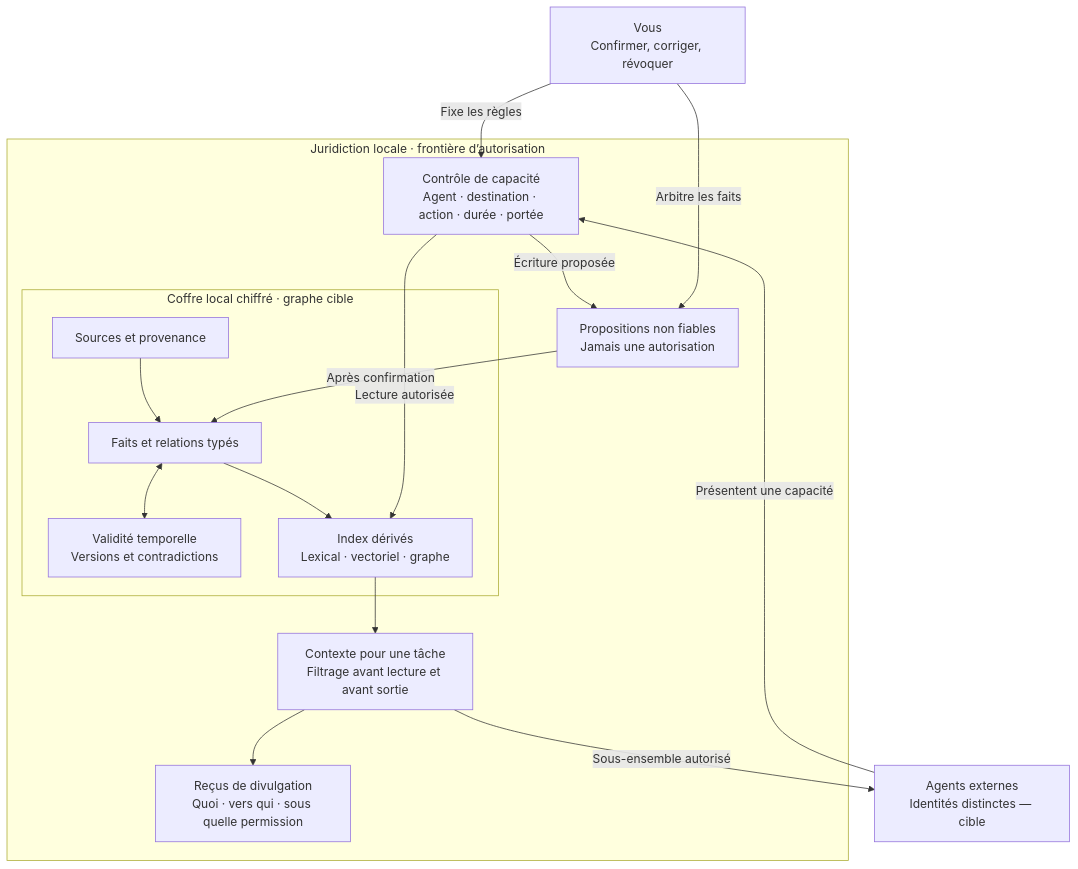
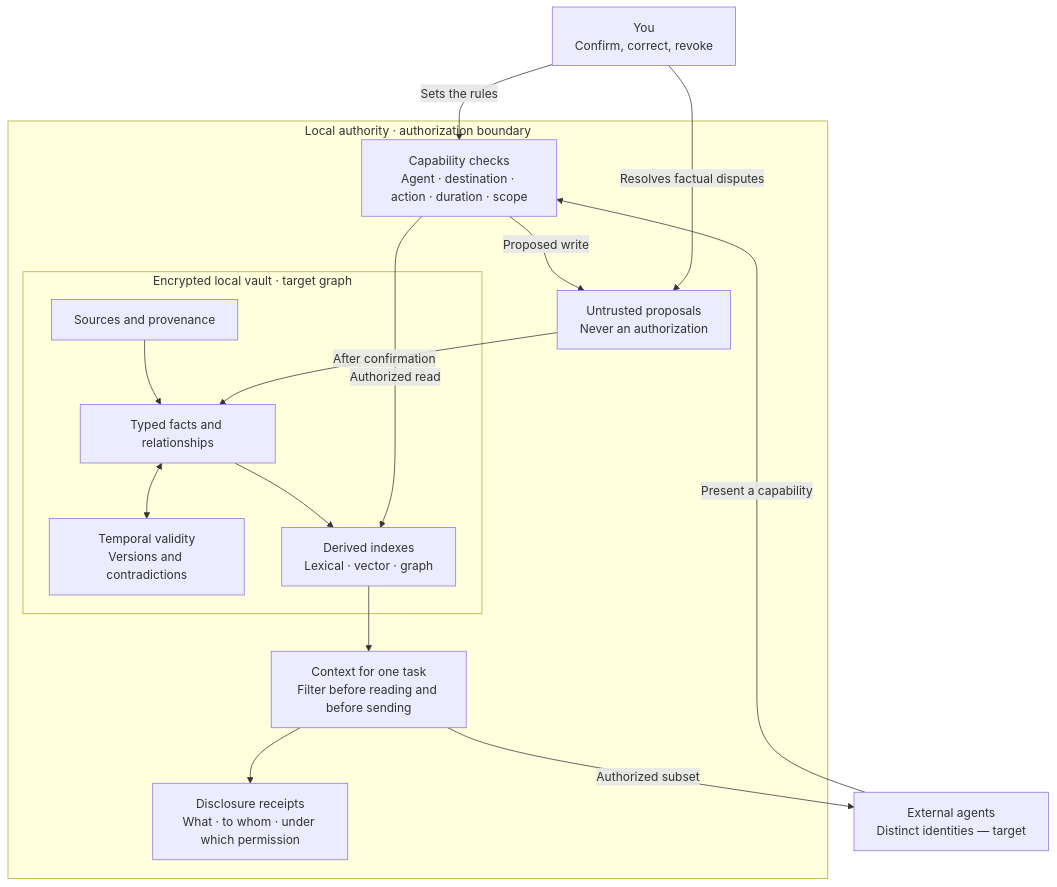
One commit to nabz0r/OMNI-OS changed the second of 5 diagrams in DIAGRAMS.md. Above: the diagram before and after it, drawn with Mermaid. The commit also changed other lines of this file and 11 other files, not shown here.

````diff
--- a/DIAGRAMS.md
+++ b/DIAGRAMS.md
@@ -55,33 +55,33 @@
 ```mermaid
 flowchart TB
-    Owner["Vous<br/>Confirmer, corriger, révoquer"]
-    Agents["Agents externes<br/>Identités distinctes — cible"]
+    Owner["You<br/>Confirm, correct, revoke"]
+    Agents["External agents<br/>Distinct identities — target"]
 
-    subgraph Authority["Juridiction locale · frontière d’autorisation"]
-        Policy["Contrôle de capacité<br/>Agent · destination · action · durée · portée"]
-        Proposals["Propositions non fiables<br/>Jamais une autorisation"]
-        Export["Contexte pour une tâche<br/>Filtrage avant lecture et avant sortie"]
-        Receipts["Reçus de divulgation<br/>Quoi · vers qui · sous quelle permission"]
+    subgraph Authority["Local authority · authorization boundary"]
+        Policy["Capability checks<br/>Agent · destination · action · duration · scope"]
+        Proposals["Untrusted proposals<br/>Never an authorization"]
+        Export["Context for one task<br/>Filter before reading and before sending"]
+        Receipts["Disclosure receipts<br/>What · to whom · under which permission"]
 
-        subgraph Memory["Coffre local chiffré · graphe cible"]
-            Sources["Sources et provenance"]
-            Claims["Faits et relations typés"]
-            Time["Validité temporelle<br/>Versions et contradictions"]
-            Index["Index dérivés<br/>Lexical · vectoriel · graphe"]
+        subgraph Memory["Encrypted local vault · target graph"]
+            Sources["Sources and provenance"]
+            Claims["Typed facts and relationships"]
+            Time["Temporal validity<br/>Versions and contradictions"]
+            Index["Derived indexes<br/>Lexical · vector · graph"]
             Sources --> Claims
             Claims <--> Time
             Claims --> Index
         end
 
-        Policy -->|"Lecture autorisée"| Index
+        Policy -->|"Authorized read"| Index
         Index --> Export
         Export --> Receipts
-        Policy -->|"Écriture proposée"| Proposals
-        Proposals -->|"Après confirmation"| Claims
+        Policy -->|"Proposed write"| Proposals
+        Proposals -->|"After confirmation"| Claims
     end
 
-    Owner -->|"Fixe les règles"| Policy
-    Owner -->|"Arbitre les faits"| Proposals
-    Agents -->|"Présentent une capacité"| Policy
-    Export -->|"Sous-ensemble autorisé"| Agents
+    Owner -->|"Sets the rules"| Policy
+    Owner -->|"Resolves factual disputes"| Proposals
+    Agents -->|"Present a capability"| Policy
+    Export -->|"Authorized subset"| Agents
 ```
````
